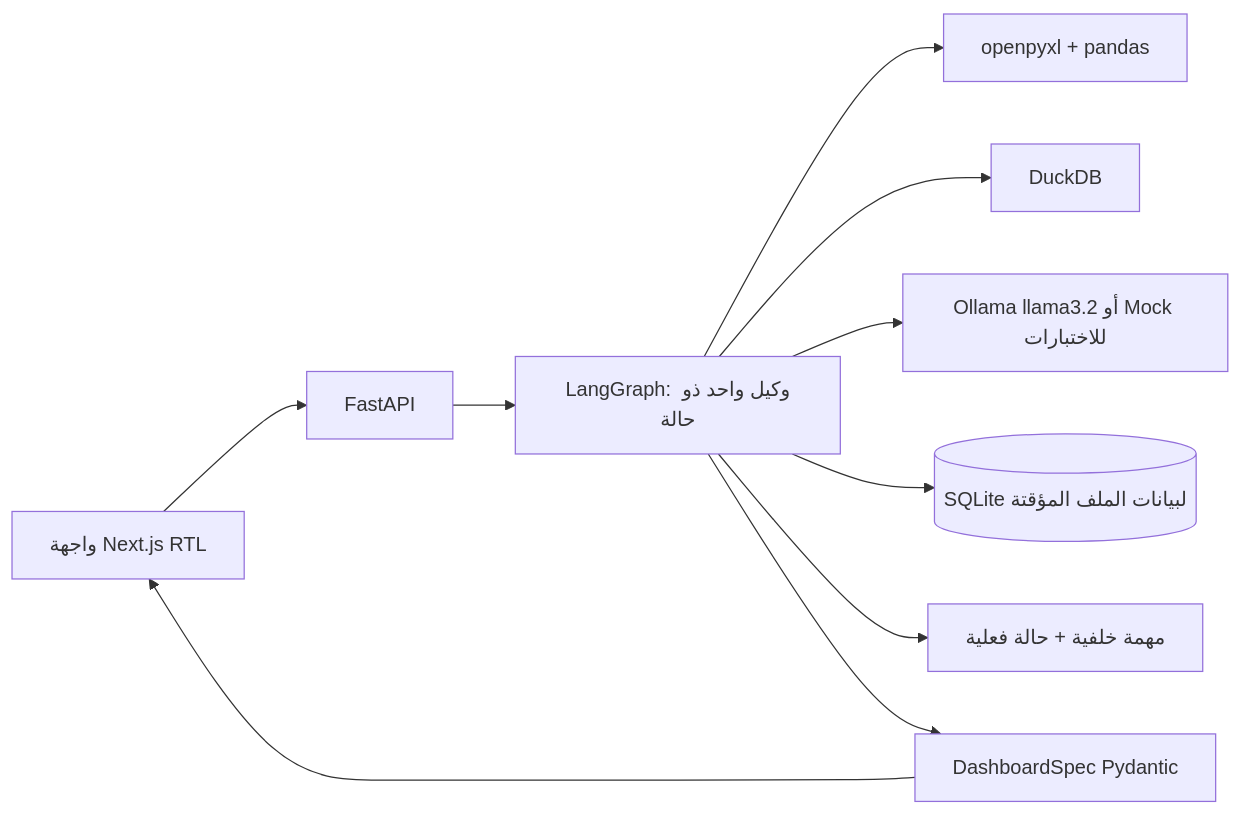
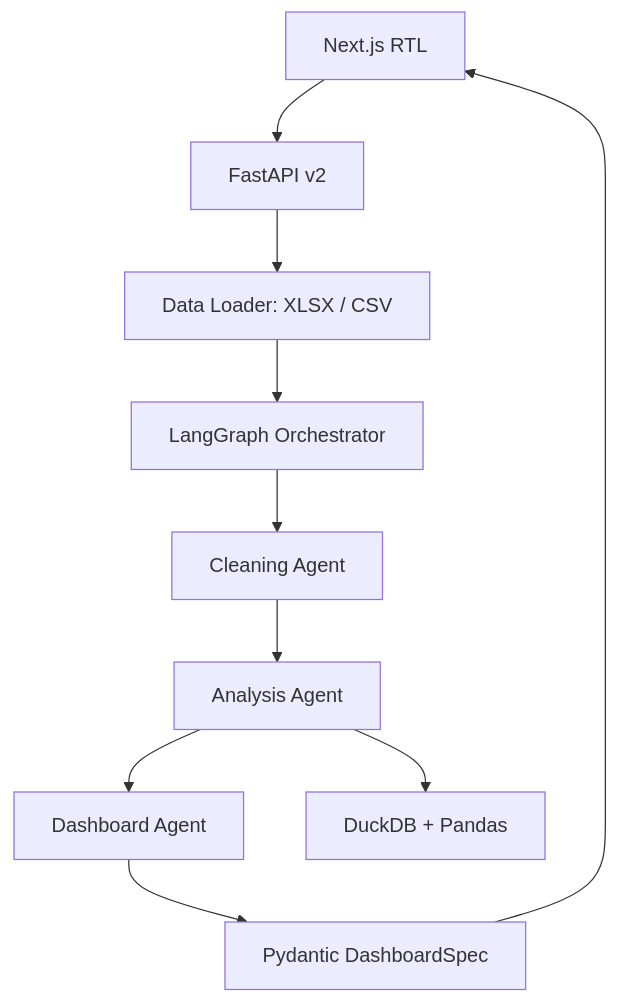
Before and after one commit to WaleedTw/excel-analytics-app: the diagram in docs/ARCHITECTURE.md, drawn with Mermaid. The commit also changed other lines of this file and 48 other files, not shown here.

````diff
--- a/docs/ARCHITECTURE.md
+++ b/docs/ARCHITECTURE.md
@@ -7,12 +14,12 @@
 ```mermaid
-flowchart LR
-  U[واجهة Next.js RTL] --> A[FastAPI]
-  A --> G[LangGraph: وكيل واحد ذو حالة]
-  G --> X[openpyxl + pandas]
-  G --> D[DuckDB]
-  G --> M[Ollama llama3.2 أو Mock للاختبارات]
-  G --> S[(SQLite لبيانات الملف المؤقتة)]
-  G --> J[مهمة خلفية + حالة فعلية]
-  G --> P[DashboardSpec Pydantic]
+flowchart TD
+  U["Next.js RTL"] --> API["FastAPI v2"]
+  API --> L["Data Loader: XLSX / CSV"]
+  L --> G["LangGraph Orchestrator"]
+  G --> C["Cleaning Agent"]
+  C --> A["Analysis Agent"]
+  A --> D["Dashboard Agent"]
+  A --> E["DuckDB + Pandas"]
+  D --> P["Pydantic DashboardSpec"]
   P --> U
 ```
````
